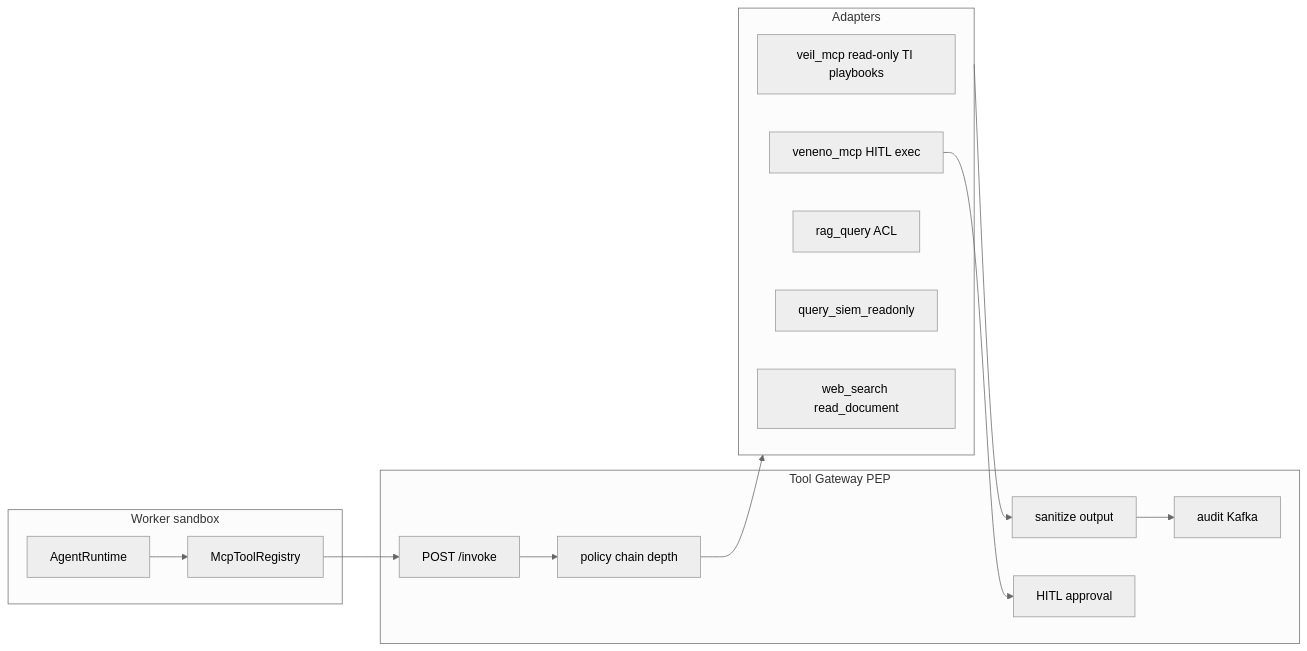
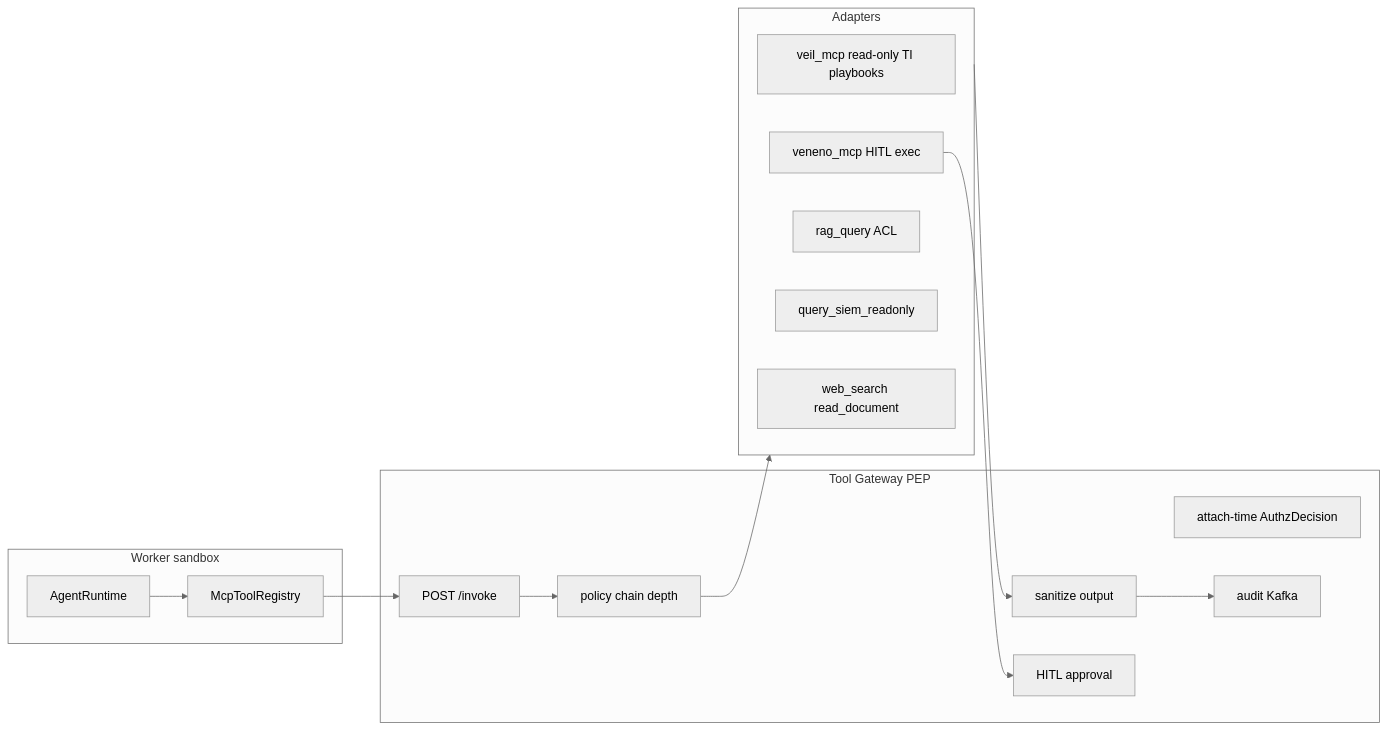
Before and after one commit to butbeautifulv/cxado: the diagram in docs/architecture-site/diagrams/tool-gateway.mmd, drawn with Mermaid (neutral theme). The commit also changed 165 other files, not shown here.

```diff
--- a/docs/architecture-site/diagrams/tool-gateway.mmd
+++ b/docs/architecture-site/diagrams/tool-gateway.mmd
@@ -1,27 +1,28 @@
 flowchart LR
   subgraph worker [Worker sandbox]
     AgentRT[AgentRuntime]
     McpReg[McpToolRegistry]
   end
 
   subgraph pep [Tool Gateway PEP]
     Invoke[POST /invoke]
+    Authz[attach-time AuthzDecision]
     Policy[policy chain depth]
     Sanitize[sanitize output]
     Audit[audit Kafka]
     Approval[HITL approval]
   end
 
   subgraph adapters [Adapters]
     Veil[veil_mcp read-only TI playbooks]
     Veneno[veneno_mcp HITL exec]
     RagAd[rag_query ACL]
     Siem[query_siem_readonly]
     Web[web_search read_document]
   end
 
   AgentRT --> McpReg
   McpReg --> Invoke
   Invoke --> Policy --> adapters
   adapters --> Sanitize --> Audit
   Veneno --> Approval
```
